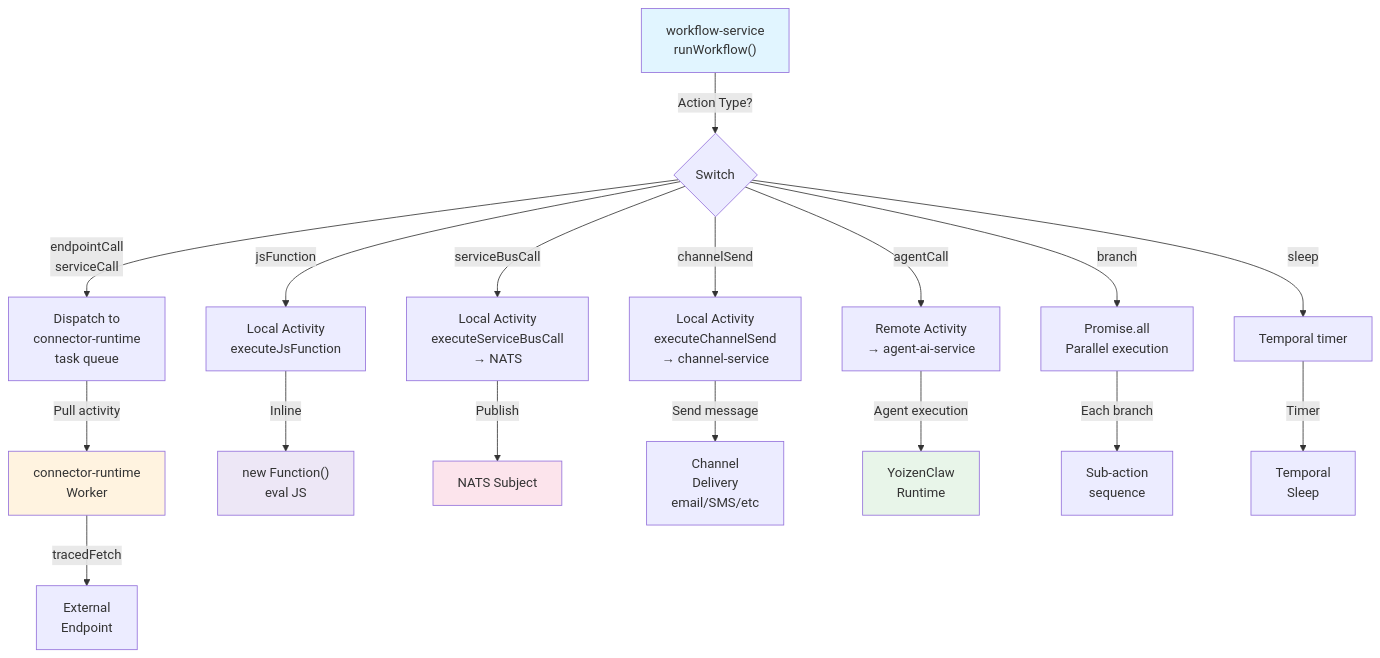
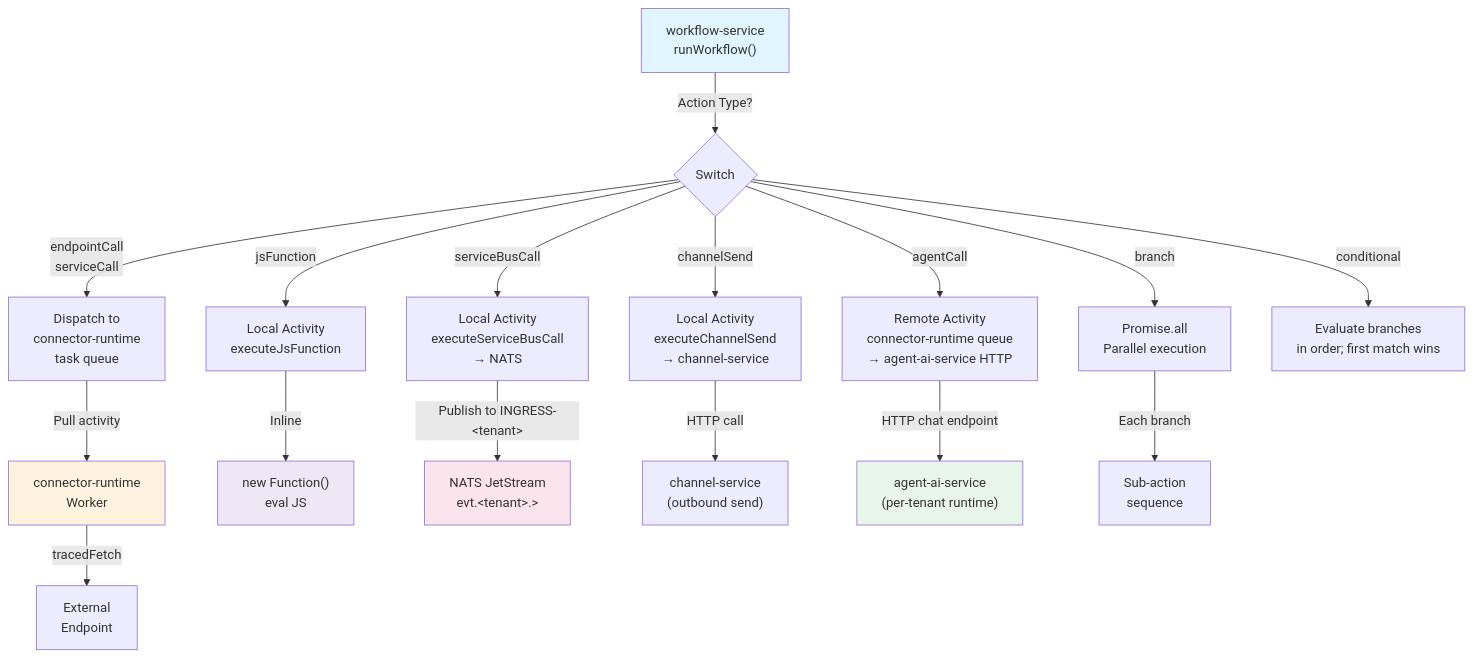
Before and after one commit to ccarnero/colloqui: the sixth of 9 diagrams in DOCS/11-SERVICE-ARCHITECTURE-DIAGRAM.md, drawn with Mermaid. The commit also changed other lines of this file and 857 other files, not shown here.

````diff
--- a/DOCS/11-SERVICE-ARCHITECTURE-DIAGRAM.md
+++ b/DOCS/11-SERVICE-ARCHITECTURE-DIAGRAM.md
@@ -329,35 +320,33 @@
 ```mermaid
 graph TB
     WF["workflow-service<br/>runWorkflow()"]
     
     WF -->|Action Type?| SWITCH{Switch}
     
     SWITCH -->|endpointCall<br/>serviceCall| HAQ["Dispatch to<br/>connector-runtime<br/>task queue"]
     SWITCH -->|jsFunction| JS["Local Activity<br/>executeJsFunction"]
     SWITCH -->|serviceBusCall| SB["Local Activity<br/>executeServiceBusCall<br/>→ NATS"]
     SWITCH -->|channelSend| CH["Local Activity<br/>executeChannelSend<br/>→ channel-service"]
-    SWITCH -->|agentCall| AG["Remote Activity<br/>→ agent-ai-service"]
+    SWITCH -->|agentCall| AG["Remote Activity<br/>connector-runtime queue<br/>→ agent-ai-service HTTP"]
     SWITCH -->|branch| BR["Promise.all<br/>Parallel execution"]
-    SWITCH -->|sleep| SLP["Temporal timer"]
+    SWITCH -->|conditional| COND["Evaluate branches<br/>in order; first match wins"]
     
     HAQ -->|Pull activity| HAW["connector-runtime<br/>Worker"]
     HAW -->|tracedFetch| EXT["External<br/>Endpoint"]
     
     JS -->|Inline| EXEC["new Function()<br/>eval JS"]
     
-    SB -->|Publish| NATS["NATS Subject"]
+    SB -->|Publish to INGRESS-&lt;tenant&gt;| NATS["NATS JetStream<br/>evt.&lt;tenant&gt;.>"]
     
-    CH -->|Send message| CHAN["Channel<br/>Delivery<br/>email/SMS/etc"]
+    CH -->|HTTP call| CHAN["channel-service<br/>(outbound send)"]
     
-    AG -->|Agent execution| YCR["YoizenClaw<br/>Runtime"]
+    AG -->|HTTP chat endpoint| YCR["agent-ai-service<br/>(per-tenant runtime)"]
     
     BR -->|Each branch| SUB["Sub-action<br/>sequence"]
-    
-    SLP -->|Timer| TIMER["Temporal<br/>Sleep"]
     
     style WF fill:#e1f5ff
     style HAW fill:#fff3e0
     style YCR fill:#e8f5e9
     style NATS fill:#fce4ec
     style EXEC fill:#ede7f6
 ```
````
